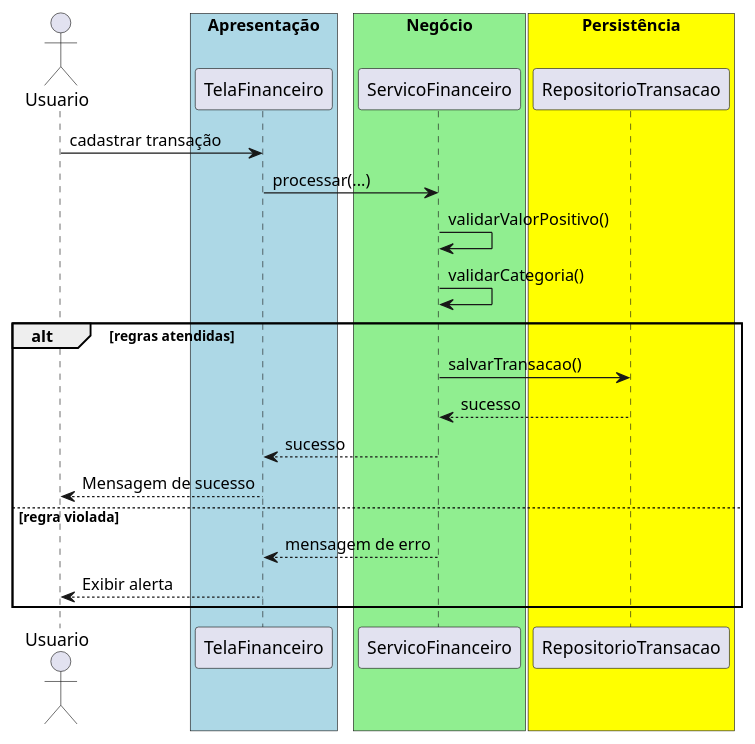
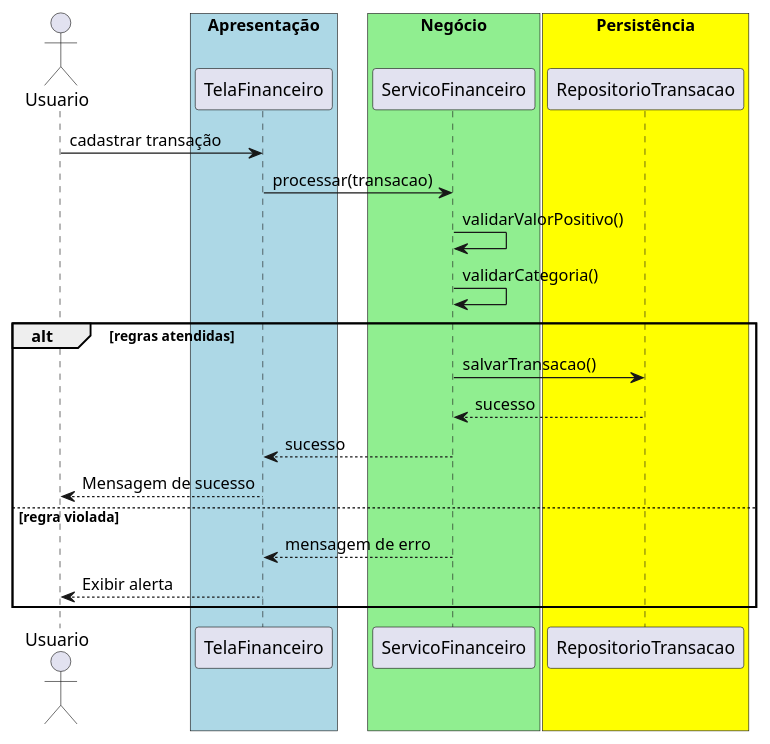
The diagram in src/trabalhos/Trabalho17.md (20261-ifba-saj-ads-poo/blog), drawn with PlantUML before and after one commit. The commit also changed other lines of this file and 35 other files, not shown here.

````diff
--- a/src/trabalhos/Trabalho17.md
+++ b/src/trabalhos/Trabalho17.md
@@ -28,27 +28,27 @@
 ```plantuml{kroki=true}
 @startuml
 actor Usuario
 box "Apresentação" #lightblue
     participant TelaFinanceiro
 end box
 box "Negócio" #lightgreen
     participant ServicoFinanceiro
 end box
 box "Persistência" #yellow
     participant RepositorioTransacao
 end box
 Usuario -> TelaFinanceiro : cadastrar transação
-TelaFinanceiro -> ServicoFinanceiro : processar(...)
+TelaFinanceiro -> ServicoFinanceiro : processar(transacao)
 ServicoFinanceiro -> ServicoFinanceiro : validarValorPositivo()
 ServicoFinanceiro -> ServicoFinanceiro : validarCategoria()
 alt regras atendidas
     ServicoFinanceiro -> RepositorioTransacao : salvarTransacao()
     RepositorioTransacao --> ServicoFinanceiro : sucesso
     ServicoFinanceiro --> TelaFinanceiro : sucesso
     TelaFinanceiro --> Usuario : Mensagem de sucesso
 else regra violada
     ServicoFinanceiro --> TelaFinanceiro : mensagem de erro
     TelaFinanceiro --> Usuario : Exibir alerta
 end
 @enduml
 ```
````
